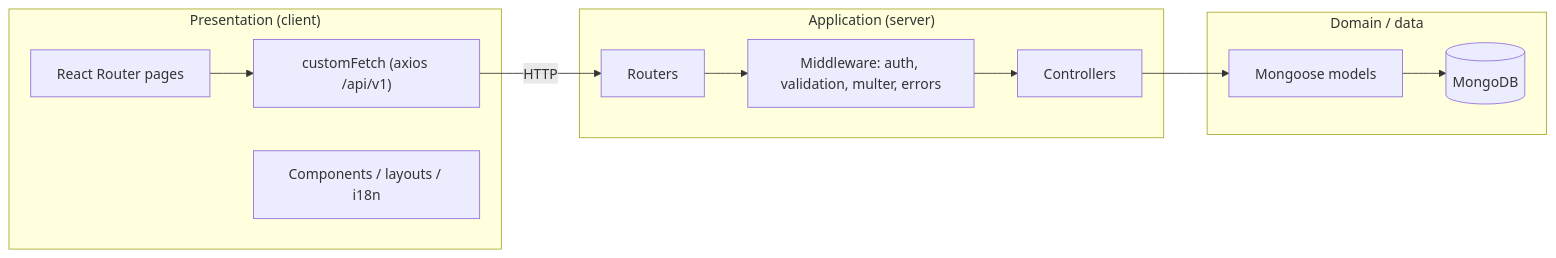
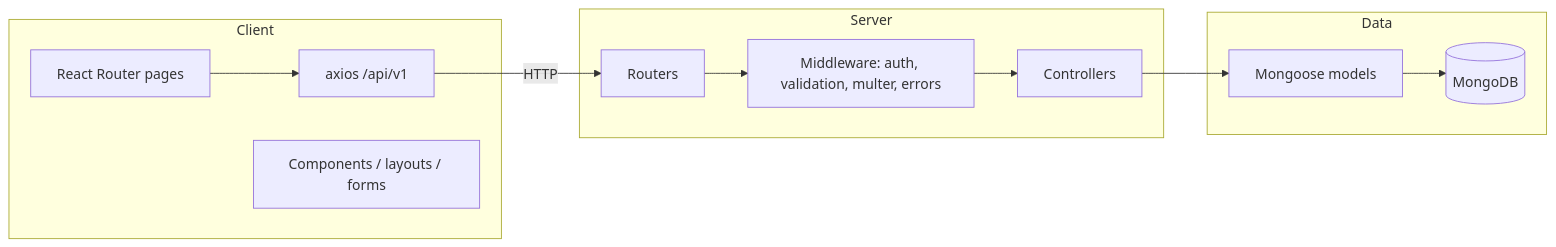
The third of 5 diagrams in system_design.md (Abdelkouddous/MedCareer), drawn with Mermaid before and after one commit. The commit also changed other lines of this file and 28 other files, not shown here.

````diff
--- a/system_design.md
+++ b/system_design.md
@@ -63,23 +82,23 @@
 ```mermaid
 flowchart LR
-  subgraph Presentation["Presentation (client)"]
+  subgraph Presentation["Client"]
     R["React Router pages"]
-    CF["customFetch (axios /api/v1)"]
-    UI["Components / layouts / i18n"]
+    CF["axios /api/v1"]
+    UI["Components / layouts / forms"]
   end
 
-  subgraph Application["Application (server)"]
+  subgraph Application["Server"]
     RT["Routers"]
     MW["Middleware: auth, validation, multer, errors"]
     CT["Controllers"]
   end
 
-  subgraph Domain["Domain / data"]
+  subgraph Domain["Data"]
     MD["Mongoose models"]
     DB[(MongoDB)]
   end
 
   R --> CF
   CF -->|HTTP| RT
   RT --> MW --> CT --> MD --> DB
 ```
````
